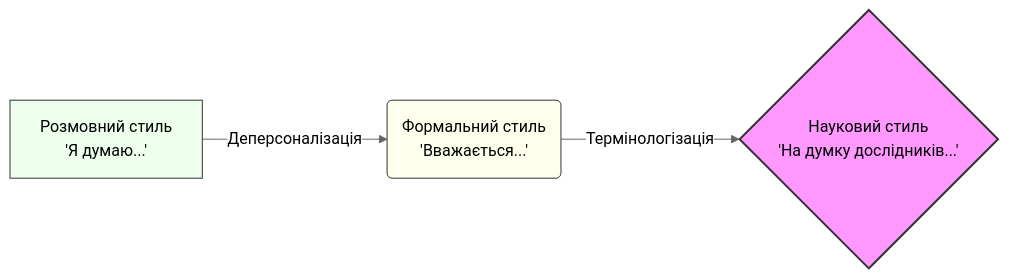
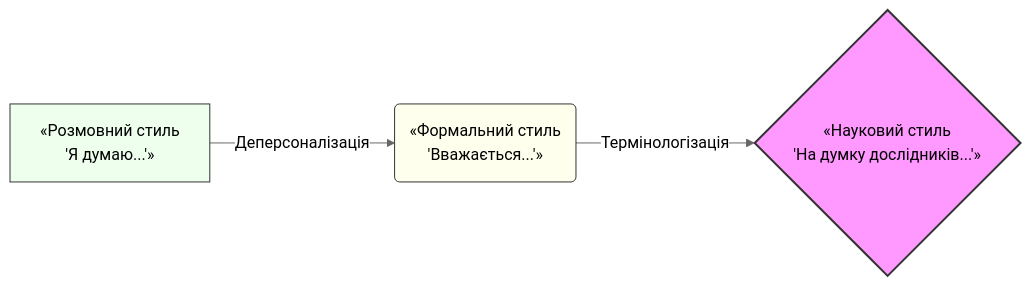
One commit to learn-ukrainian/learn-ukrainian.github.io changed the first of 2 diagrams in docusaurus/docs/c1/module-02.mdx. Above: the diagram before and after it, drawn with Mermaid (neutral theme). The commit also changed other lines of this file and 1743 other files, not shown here.

````diff
--- a/docusaurus/docs/c1/module-02.mdx
+++ b/docusaurus/docs/c1/module-02.mdx
@@ -146,8 +146,8 @@
 ```mermaid
 graph LR
-    A["Розмовний стиль<br />'Я думаю...'"] -->|Деперсоналізація| B("Формальний стиль<br />'Вважається...'")
-    B -->|Термінологізація| C{"Науковий стиль<br />'На думку дослідників...'"}
+    A[«Розмовний стиль<br />'Я думаю...'»] -->|Деперсоналізація| B(«Формальний стиль<br />'Вважається...'»)
+    B -->|Термінологізація| C{«Науковий стиль<br />'На думку дослідників...'»}
     style C fill:#f9f,stroke:#333,stroke-width:2px,color:black
     style A fill:#efe,stroke:#333
     style B fill:#ffe,stroke:#333
 ```
````
